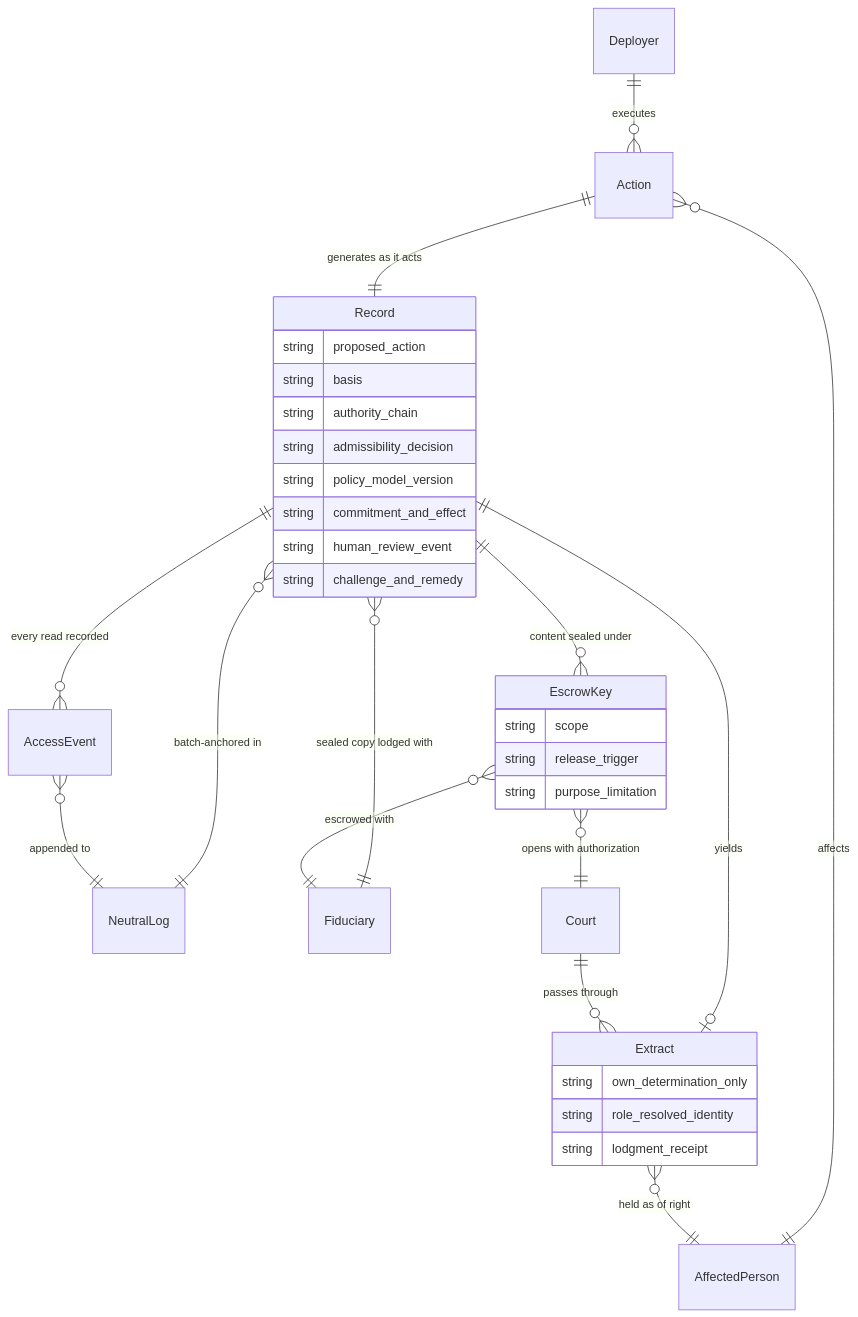
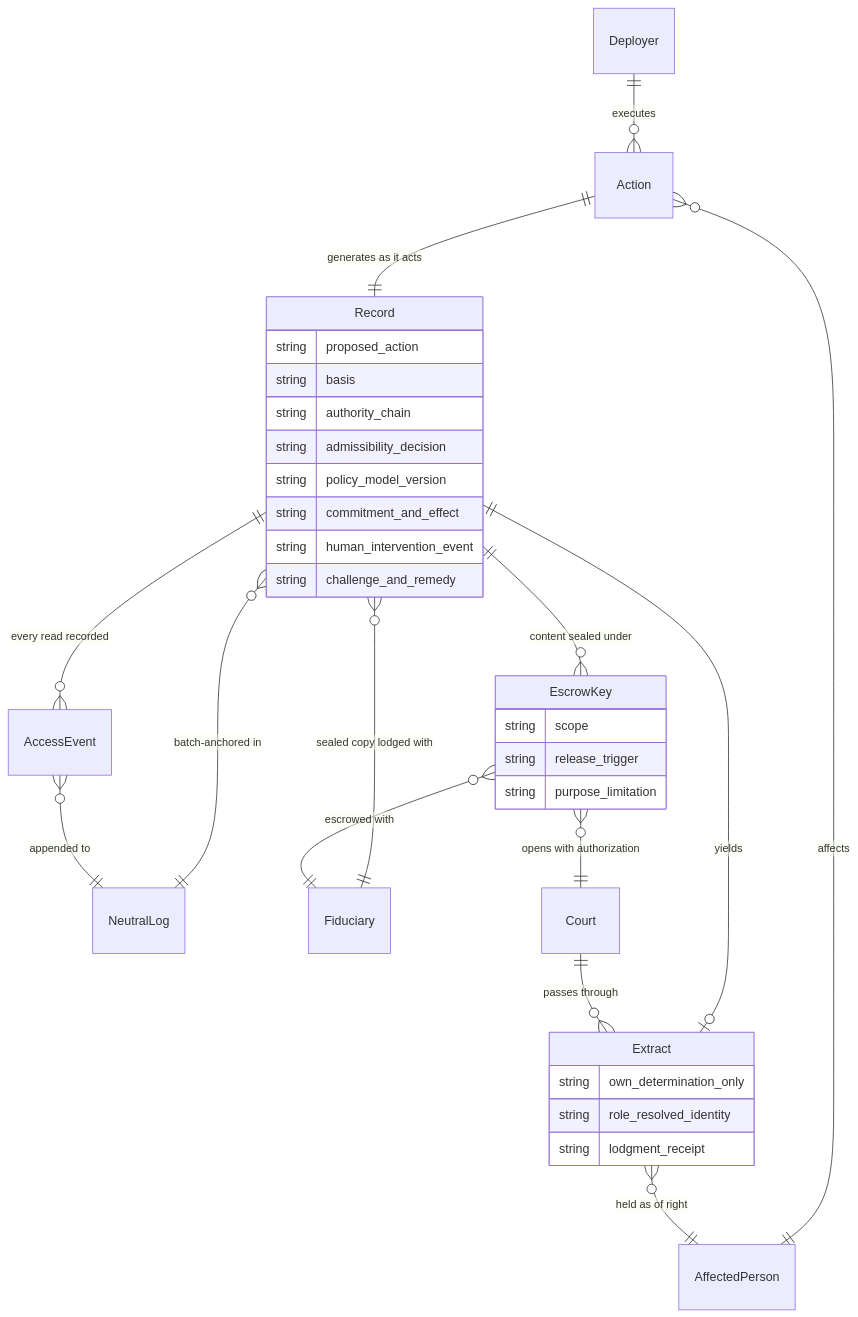
Before and after one commit to robertschaub/our-ai-charter: the diagram in docs/wip/split-custody-per-action-records.md, drawn with Mermaid. The commit also changed other lines of this file and 8 other files, not shown here.

Commit message:
docs(charter): define human intervention contract

````diff
--- a/docs/wip/split-custody-per-action-records.md
+++ b/docs/wip/split-custody-per-action-records.md
@@ -33,37 +33,37 @@
 ```mermaid
 erDiagram
   Deployer ||--o{ Action : "executes"
   Action }o--|| AffectedPerson : "affects"
   Action ||--|| Record : "generates as it acts"
   Record }o--|| NeutralLog : "batch-anchored in"
   Record }o--|| Fiduciary : "sealed copy lodged with"
   Record ||--o| Extract : "yields"
   Extract }o--|| AffectedPerson : "held as of right"
   Record ||--o{ EscrowKey : "content sealed under"
   EscrowKey }o--|| Fiduciary : "escrowed with"
   EscrowKey }o--|| Court : "opens with authorization"
   Court ||--o{ Extract : "passes through"
   Record ||--o{ AccessEvent : "every read recorded"
   AccessEvent }o--|| NeutralLog : "appended to"
 
   Record {
     string proposed_action
     string basis
     string authority_chain
     string admissibility_decision
     string policy_model_version
     string commitment_and_effect
-    string human_review_event
+    string human_intervention_event
     string challenge_and_remedy
   }
   Extract {
     string own_determination_only
     string role_resolved_identity
     string lodgment_receipt
   }
   EscrowKey {
     string scope
     string release_trigger
     string purpose_limitation
   }
 ```
````
